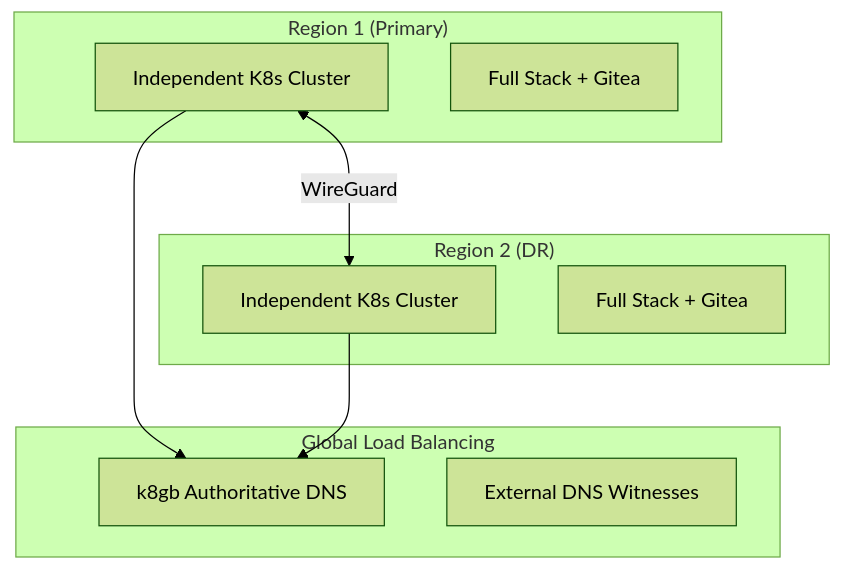
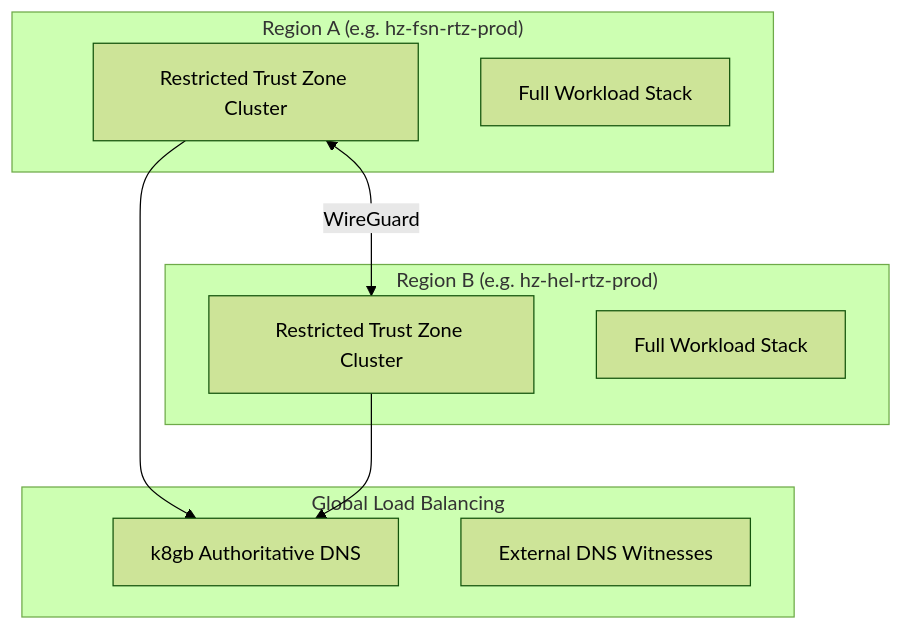
Before and after one commit to openova-io/openova: the first of 4 diagrams in docs/SRE.md, drawn with Mermaid (forest theme). The commit also changed other lines of this file and 3 other files, not shown here.

````diff
--- a/docs/SRE.md
+++ b/docs/SRE.md
@@ -21,21 +23,21 @@
 ```mermaid
 flowchart TB
-    subgraph Region1["Region 1 (Primary)"]
-        K8s1[Independent K8s Cluster]
-        Stack1[Full Stack + Gitea]
+    subgraph RegionA["Region A  (e.g. hz-fsn-rtz-prod)"]
+        K8s1[Restricted Trust Zone Cluster]
+        Stack1[Full Workload Stack]
     end
 
-    subgraph Region2["Region 2 (DR)"]
-        K8s2[Independent K8s Cluster]
-        Stack2[Full Stack + Gitea]
+    subgraph RegionB["Region B  (e.g. hz-hel-rtz-prod)"]
+        K8s2[Restricted Trust Zone Cluster]
+        Stack2[Full Workload Stack]
     end
 
     subgraph GSLB["Global Load Balancing"]
         k8gb[k8gb Authoritative DNS]
         Witnesses[External DNS Witnesses]
     end
 
     K8s1 <-->|"WireGuard"| K8s2
     K8s1 --> k8gb
     K8s2 --> k8gb
 ```
````
